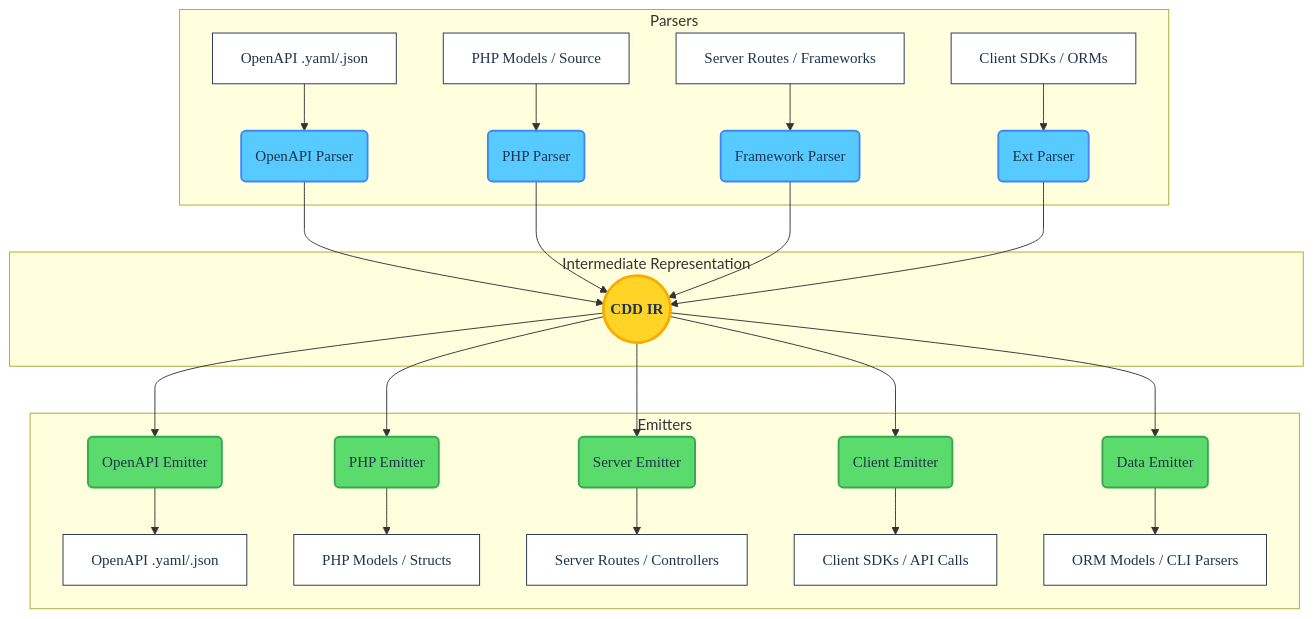
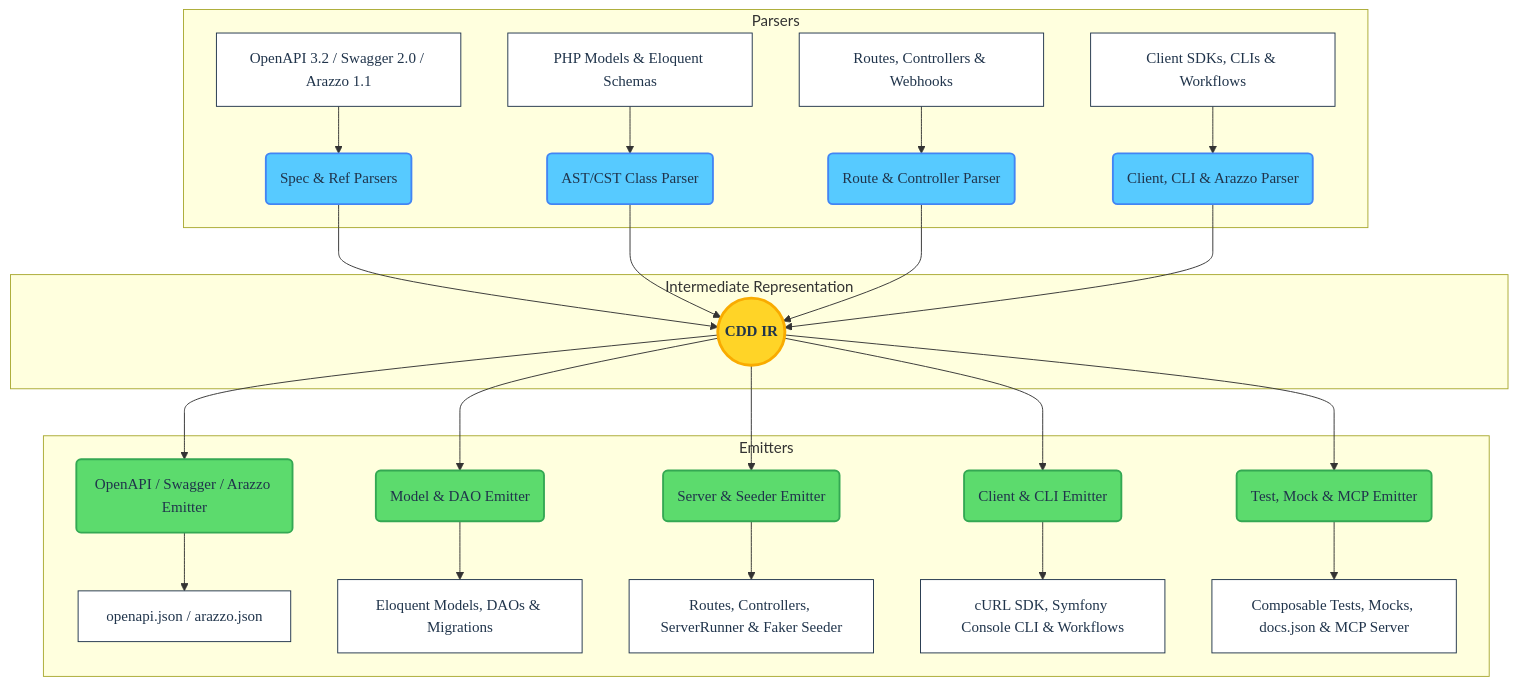
Before and after one commit to SamuelMarks/cdd-php: the diagram in ARCHITECTURE.md, drawn with Mermaid. The commit also changed other lines of this file and 10 other files, not shown here.

````diff
--- a/ARCHITECTURE.md
+++ b/ARCHITECTURE.md
@@ -15,38 +16,37 @@
 ```mermaid
 graph TD
-    %% Styling Definitions
     classDef frontend fill:#57caff,stroke:#4285f4,stroke-width:2px,color:#20344b,font-family:Roboto Mono
     classDef core fill:#ffd427,stroke:#f9ab00,stroke-width:3px,color:#20344b,font-family:Google Sans,font-weight:bold
     classDef backend fill:#5cdb6d,stroke:#34a853,stroke-width:2px,color:#20344b,font-family:Roboto Mono
     classDef endpoint fill:#ffffff,stroke:#20344b,stroke-width:1px,color:#20344b,font-family:Google Sans
 
     subgraph Frontend [Parsers]
-        A[OpenAPI .yaml/.json]:::endpoint --> P1(OpenAPI Parser):::frontend
-        B[PHP Models / Source]:::endpoint --> P2(PHP Parser):::frontend
-        C[Server Routes / Frameworks]:::endpoint --> P3(Framework Parser):::frontend
-        D[Client SDKs / ORMs]:::endpoint --> P4(Ext Parser):::frontend
+        A[OpenAPI 3.2 / Swagger 2.0 / Arazzo 1.1]:::endpoint --> P1(Spec & Ref Parsers):::frontend
+        B[PHP Models & Eloquent Schemas]:::endpoint --> P2(AST/CST Class Parser):::frontend
+        C[Routes, Controllers & Webhooks]:::endpoint --> P3(Route & Controller Parser):::frontend
+        D[Client SDKs, CLIs & Workflows]:::endpoint --> P4(Client, CLI & Arazzo Parser):::frontend
     end
 
     subgraph Core [Intermediate Representation]
         IR((CDD IR)):::core
     end
 
     subgraph Backend [Emitters]
-        E1(OpenAPI Emitter):::backend --> X[OpenAPI .yaml/.json]:::endpoint
-        E2(PHP Emitter):::backend --> Y[PHP Models / Structs]:::endpoint
-        E3(Server Emitter):::backend --> Z[Server Routes / Controllers]:::endpoint
-        E4(Client Emitter):::backend --> W[Client SDKs / API Calls]:::endpoint
-        E5(Data Emitter):::backend --> V[ORM Models / CLI Parsers]:::endpoint
+        E1(OpenAPI / Swagger / Arazzo Emitter):::backend --> X[openapi.json / arazzo.json]:::endpoint
+        E2(Model & DAO Emitter):::backend --> Y[Eloquent Models, DAOs & Migrations]:::endpoint
+        E3(Server & Seeder Emitter):::backend --> Z[Routes, Controllers, ServerRunner & Faker Seeder]:::endpoint
+        E4(Client & CLI Emitter):::backend --> W[cURL SDK, Symfony Console CLI & Workflows]:::endpoint
+        E5(Test, Mock & MCP Emitter):::backend --> V[Composable Tests, Mocks, docs.json & MCP Server]:::endpoint
     end
 
     P1 --> IR
     P2 --> IR
     P3 --> IR
     P4 --> IR
 
     IR --> E1
     IR --> E2
     IR --> E3
     IR --> E4
     IR --> E5
 ```
````
